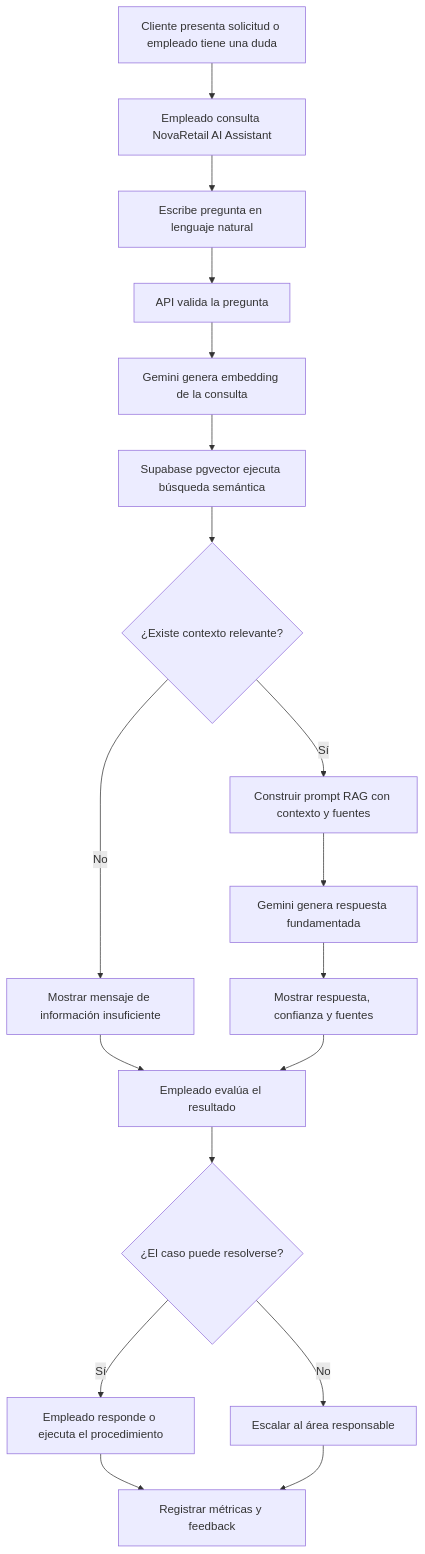
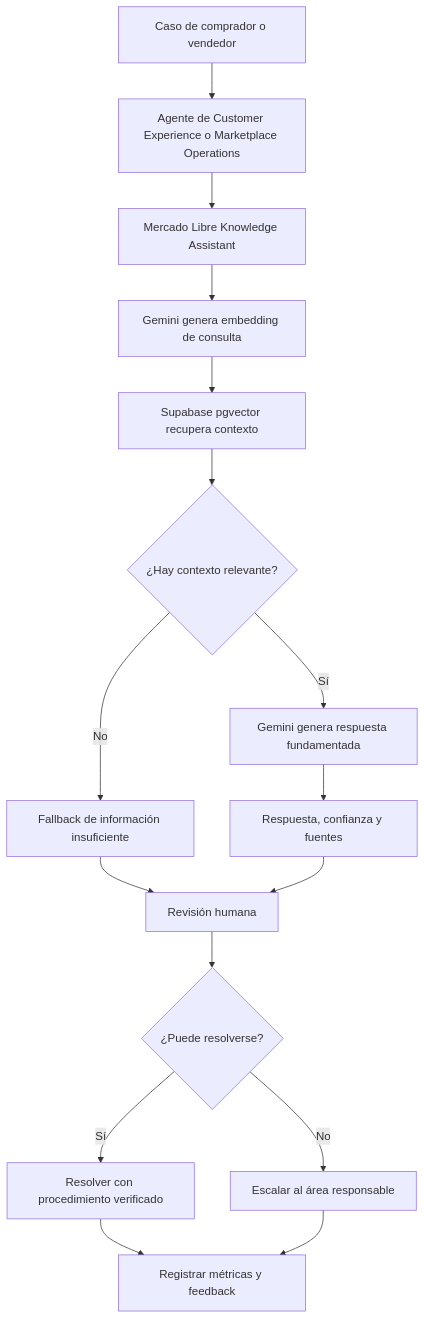
The first of 2 diagrams in docs/actividad-4-integracion-empresarial.md (silviobig96/mercado-libre-knowledge-assistant), drawn with Mermaid before and after one commit. The commit also changed other lines of this file and 35 other files, not shown here.

````diff
--- a/docs/actividad-4-integracion-empresarial.md
+++ b/docs/actividad-4-integracion-empresarial.md
@@ -126,20 +110,18 @@
 ```mermaid
 flowchart TD
-    A[Cliente presenta solicitud o empleado tiene una duda] --> B[Empleado consulta NovaRetail AI Assistant]
-    B --> C[Escribe pregunta en lenguaje natural]
-    C --> D[API valida la pregunta]
-    D --> E[Gemini genera embedding de la consulta]
-    E --> F[Supabase pgvector ejecuta búsqueda semántica]
-    F --> G{¿Existe contexto relevante?}
-    G -- No --> H[Mostrar mensaje de información insuficiente]
-    G -- Sí --> I[Construir prompt RAG con contexto y fuentes]
-    I --> J[Gemini genera respuesta fundamentada]
-    J --> K[Mostrar respuesta, confianza y fuentes]
-    H --> L[Empleado evalúa el resultado]
-    K --> L
-    L --> M{¿El caso puede resolverse?}
-    M -- Sí --> N[Empleado responde o ejecuta el procedimiento]
-    M -- No --> O[Escalar al área responsable]
-    N --> P[Registrar métricas y feedback]
-    O --> P
+    A["Caso de comprador o vendedor"] --> B["Agente de Customer Experience o Marketplace Operations"]
+    B --> C["Mercado Libre Knowledge Assistant"]
+    C --> D["Gemini genera embedding de consulta"]
+    D --> E["Supabase pgvector recupera contexto"]
+    E --> F{"¿Hay contexto relevante?"}
+    F -- No --> G["Fallback de información insuficiente"]
+    F -- Sí --> H["Gemini genera respuesta fundamentada"]
+    H --> I["Respuesta, confianza y fuentes"]
+    G --> J["Revisión humana"]
+    I --> J
+    J --> K{"¿Puede resolverse?"}
+    K -- Sí --> L["Resolver con procedimiento verificado"]
+    K -- No --> M["Escalar al área responsable"]
+    L --> N["Registrar métricas y feedback"]
+    M --> N
 ```
````
